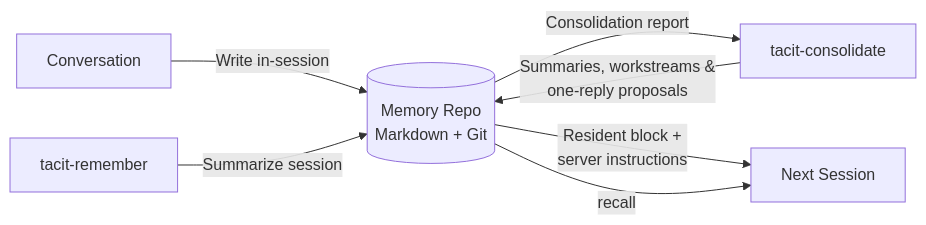
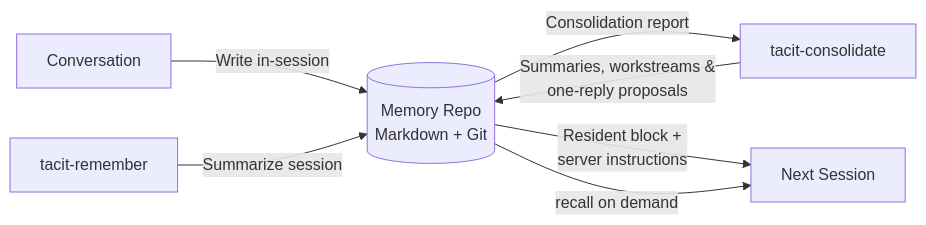
Before and after one commit to kearril/tacit-memory: the diagram in README.md, drawn with Mermaid. The commit also changed other lines of this file and 1 other file, not shown here.

````diff
--- a/README.md
+++ b/README.md
@@ -98,9 +180,9 @@
 ```mermaid
 flowchart LR
     Talk[Conversation] -->|Write in-session| Mem[(Memory Repo<br>Markdown + Git)]
     Remember[tacit-remember] -->|Summarize session| Mem
     Mem -->|Consolidation report| Consolidate[tacit-consolidate]
     Consolidate -->|Summaries, workstreams &<br>one-reply proposals| Mem
     Mem -->|Resident block +<br>server instructions| Session[Next Session]
-    Mem -->|recall| Session
+    Mem -->|recall on demand| Session
 ```
````
